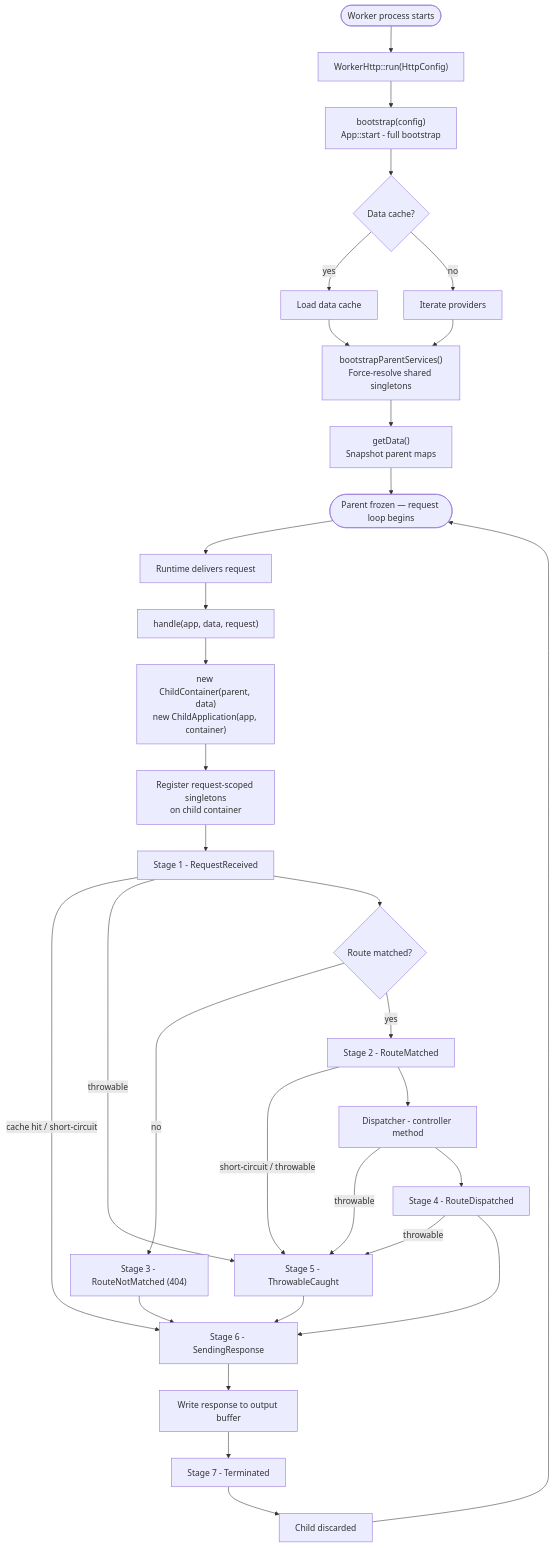
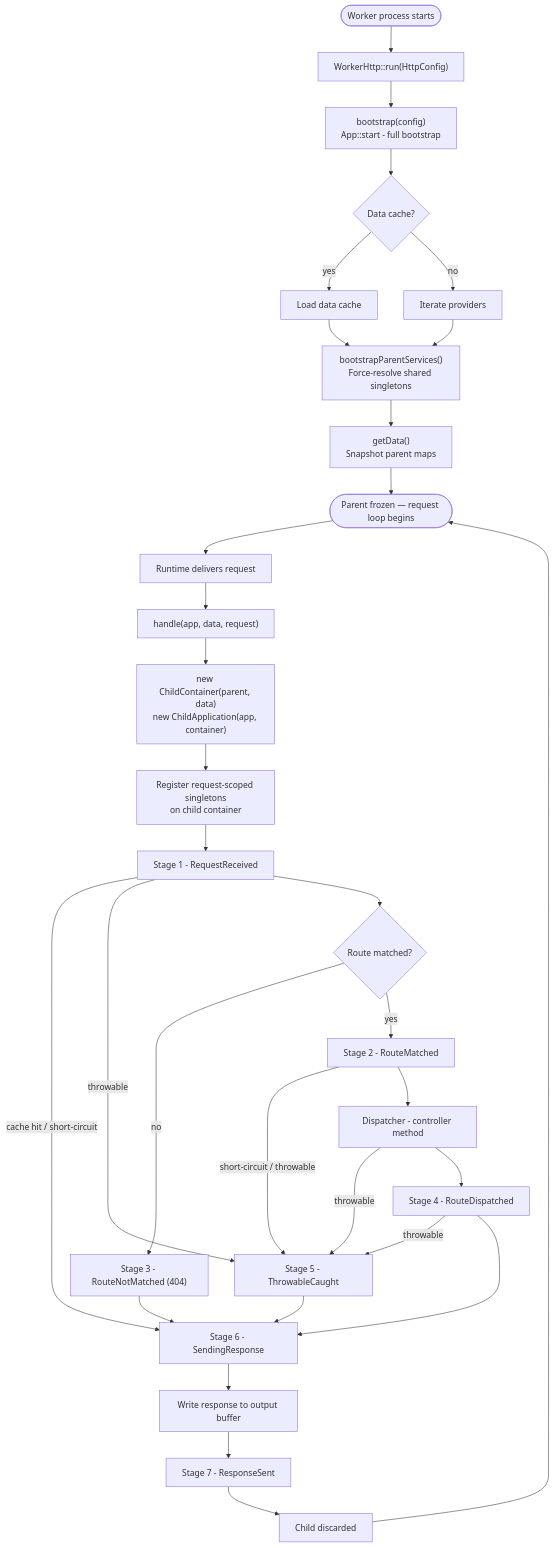
The third of 3 diagrams in src/Valkyrja/LIFECYCLE.md (valkyrjaio/valkyrja), drawn with Mermaid before and after one commit. The commit also changed other lines of this file and 41 other files, not shown here.

Commit message:
[Http] Rename terminal middleware stage Terminated to ResponseSent.

````diff
--- a/src/Valkyrja/LIFECYCLE.md
+++ b/src/Valkyrja/LIFECYCLE.md
@@ -436,34 +436,34 @@
 ```mermaid
 flowchart TD
     A(["Worker process starts"]) --> B["WorkerHttp::run(HttpConfig)"]
     B --> C["bootstrap(config)\nApp::start - full bootstrap"]
     C --> D{Data cache?}
     D -->|yes| E[Load data cache]
     D -->|no| F[Iterate providers]
     E --> G["bootstrapParentServices()\nForce-resolve shared singletons"]
     F --> G
     G --> H["getData()\nSnapshot parent maps"]
     H --> I(["Parent frozen — request loop begins"])
     I --> J[Runtime delivers request]
     J --> K["handle(app, data, request)"]
     K --> L["new ChildContainer(parent, data)\nnew ChildApplication(app, container)"]
     L --> M["Register request-scoped singletons\non child container"]
     M --> N[Stage 1 - RequestReceived]
     N -->|"cache hit / short-circuit"| S[Stage 6 - SendingResponse]
     N -->|throwable| T[Stage 5 - ThrowableCaught]
     N --> O{Route matched?}
     O -->|no| P["Stage 3 - RouteNotMatched (404)"]
     O -->|yes| Q[Stage 2 - RouteMatched]
     P --> S
     Q -->|"short-circuit / throwable"| T
     Q --> R[Dispatcher - controller method]
     R -->|throwable| T
     R --> U[Stage 4 - RouteDispatched]
     U -->|throwable| T
     U --> S
     T --> S
     S --> V[Write response to output buffer]
-    V --> W[Stage 7 - Terminated]
+    V --> W[Stage 7 - ResponseSent]
     W --> X[Child discarded]
     X --> I
 ```
````
